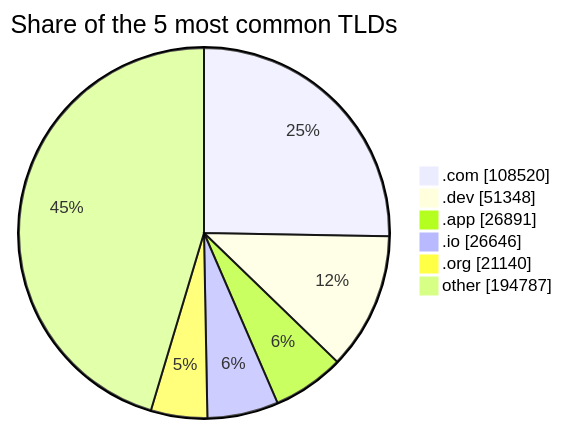
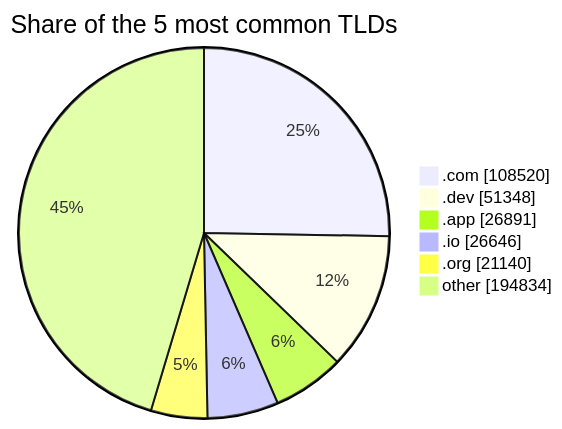
One commit to DNSBunker/CTI changed the third of 3 diagrams in README.md. Above: the diagram before and after it, drawn with Mermaid. The commit also changed other lines of this file and 3 other files, not shown here.

````diff
--- a/README.md
+++ b/README.md
@@ -81,9 +81,9 @@
 ```mermaid
 pie showData title Share of the 5 most common TLDs
     ".com" : 108520
     ".dev" : 51348
     ".app" : 26891
     ".io" : 26646
     ".org" : 21140
-    "other" : 194787
+    "other" : 194834
 ```
````
